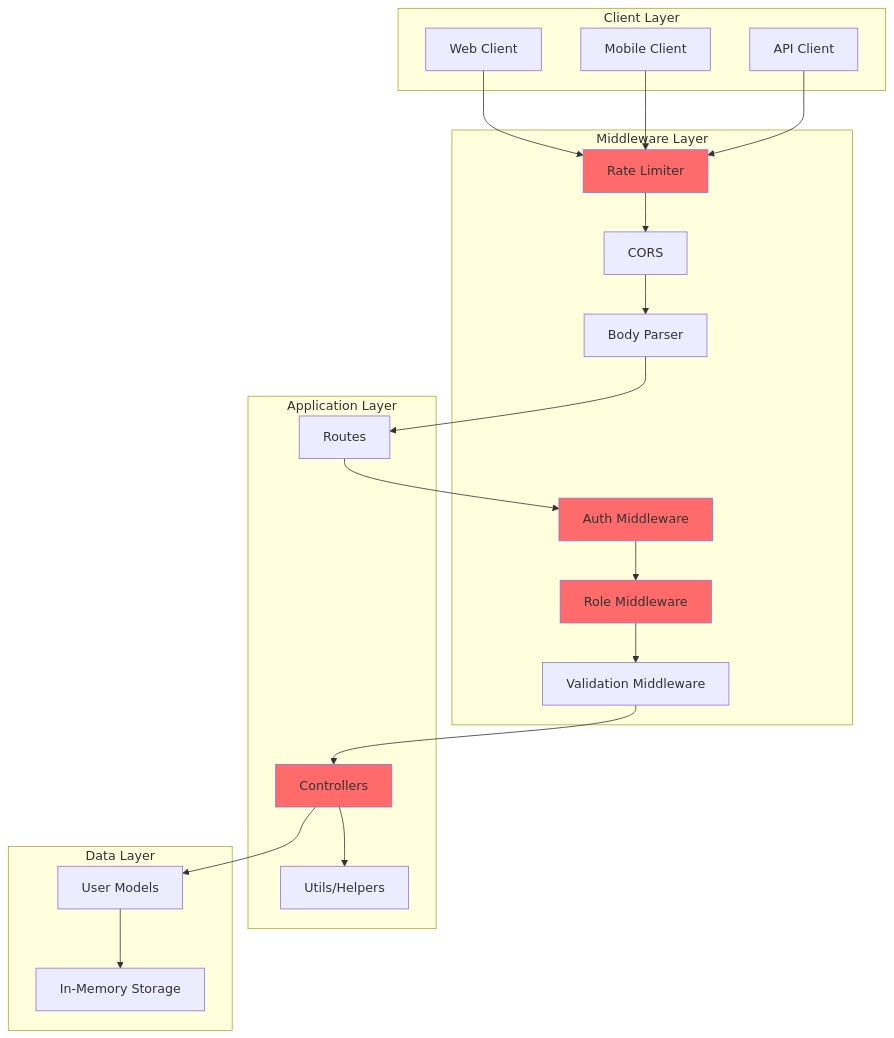
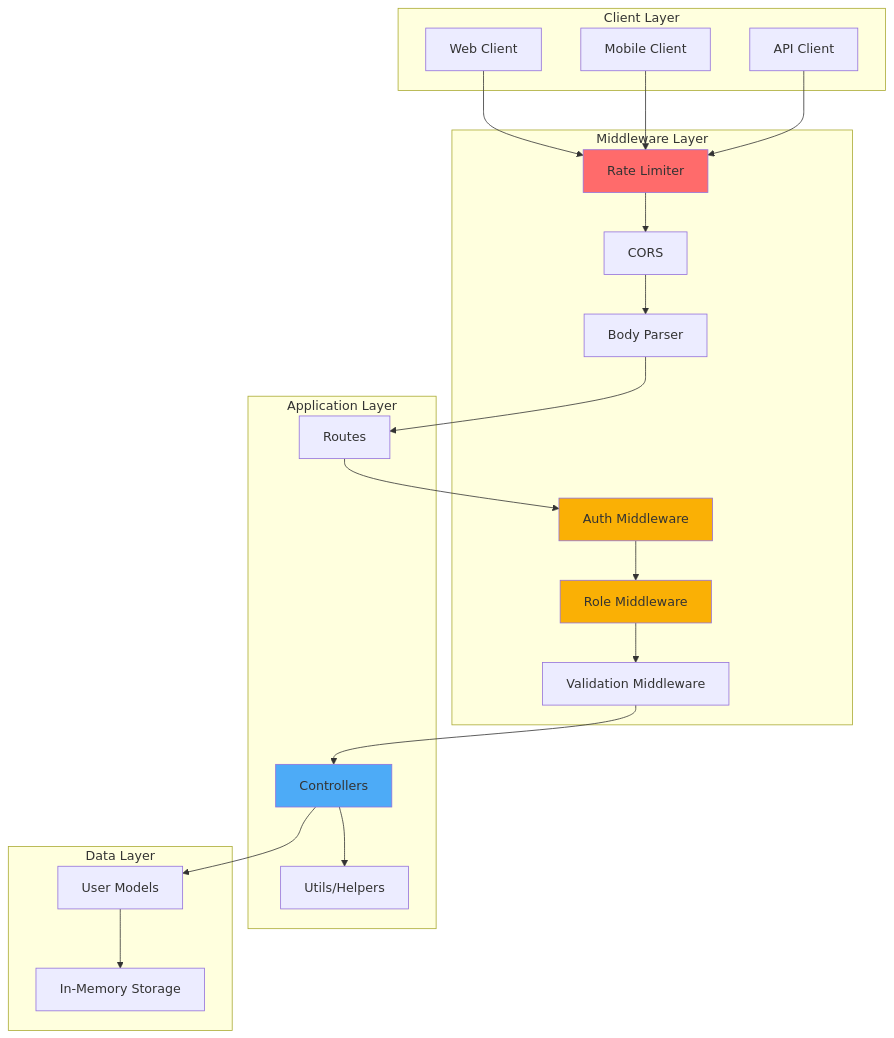
The first of 2 diagrams in readme.md (arturoCrisanto/UserManagement-ProperFolder-Struc), drawn with Mermaid before and after one commit. The commit also changed other lines of this file, not shown here.

Commit message:
fix: Improve flowchart styles and spacing for better readability in documentation

````diff
--- a/readme.md
+++ b/readme.md
@@ -177,47 +177,47 @@
 ```mermaid
 flowchart TB
     subgraph "Client Layer"
         A[Web Client]
         B[Mobile Client]
         C[API Client]
     end
-
+    
     subgraph "Middleware Layer"
         D[Rate Limiter]
         E[CORS]
         F[Body Parser]
         G[Auth Middleware]
         H[Role Middleware]
         I[Validation Middleware]
     end
-
+    
     subgraph "Application Layer"
         J[Routes]
         K[Controllers]
         L[Utils/Helpers]
     end
-
+    
     subgraph "Data Layer"
         M[User Models]
         N[In-Memory Storage]
     end
-
+    
     A --> D
     B --> D
     C --> D
     D --> E
     E --> F
     F --> J
     J --> G
     G --> H
     H --> I
     I --> K
     K --> L
     K --> M
     M --> N
-
+    
     style D fill:#ff6b6b
-    style G fill:#ff6b6b
-    style H fill:#ff6b6b
-    style K fill:#ff6b6b
+    style G fill:#fab005
+    style H fill:#fab005
+    style K fill:#4dabf7
 ```
````
